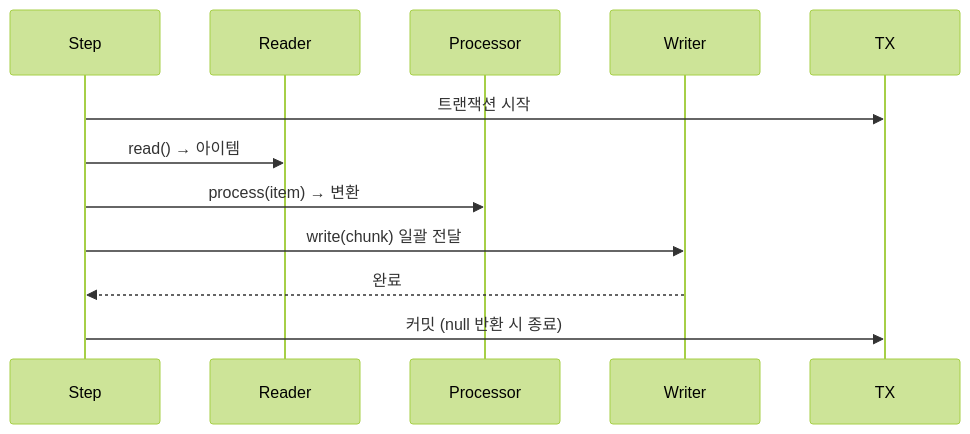
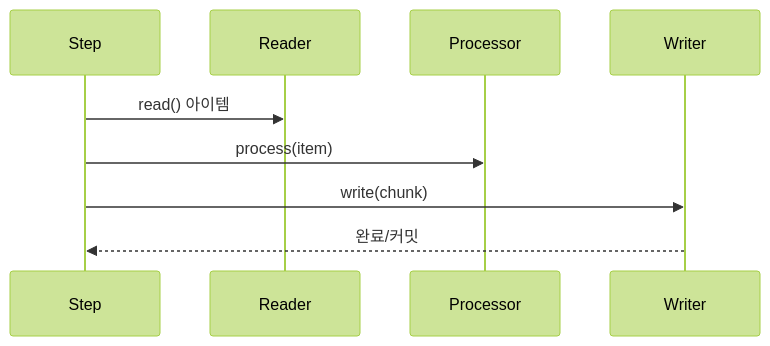
Before and after one commit to yjkim2015/yjkim2015.github.io: the fourth of 6 diagrams in _posts/spring/2026-05-02-spring-batch-deep.md, drawn with Mermaid (forest theme). The commit also changed other lines of this file and 155 other files, not shown here.

First line of the commit message:
Mermaid 전면 수정: subgraph 제거, participant/노드/줄수 축소 (342블록)

````diff
--- a/_posts/spring/2026-05-02-spring-batch-deep.md
+++ b/_posts/spring/2026-05-02-spring-batch-deep.md
@@ -98,14 +97,11 @@
 ```mermaid
 sequenceDiagram
     participant S as Step
     participant R as Reader
     participant P as Processor
     participant W as Writer
-    participant TX as TX
-    S->>TX: 트랜잭션 시작
-    S->>R: read() → 아이템
-    S->>P: process(item) → 변환
-    S->>W: write(chunk) 일괄 전달
-    W-->>S: 완료
-    S->>TX: 커밋 (null 반환 시 종료)
+    S->>R: read() 아이템
+    S->>P: process(item)
+    S->>W: write(chunk)
+    W-->>S: 완료/커밋
 ```
````
